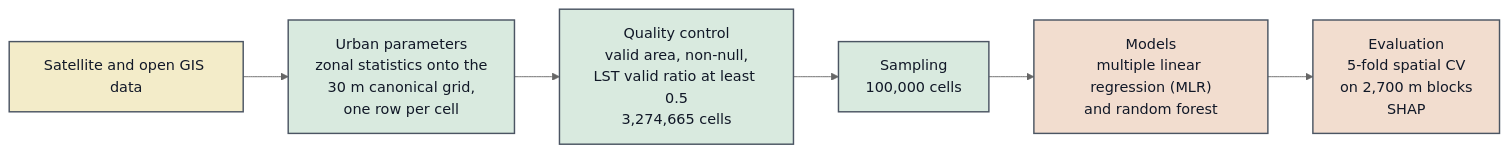
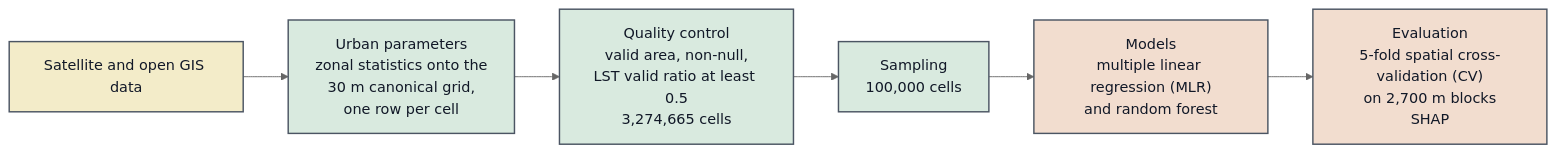
One commit to HitsujiNeko/MasterResearch changed the diagram in docs/03_results/fig4_limited_workflow_poster.mmd. Above: the diagram before and after it, drawn with Mermaid (neutral theme). The commit also changed 1 other file, not shown here.

```diff
--- a/docs/03_results/fig4_limited_workflow_poster.mmd
+++ b/docs/03_results/fig4_limited_workflow_poster.mmd
@@ -1,20 +1,20 @@
 ---
 config:
   layout: fixed
 ---
 flowchart LR
     I["Satellite and open GIS data"] --> P["Urban parameters<br>zonal statistics onto the<br>30 m canonical grid,<br>one row per cell"]
     P --> Q["Quality control<br>valid area, non-null,<br>LST valid ratio at least 0.5<br>3,274,665 cells"]
     Q --> S["Sampling<br>100,000 cells"]
     S --> M["Models<br>multiple linear regression (MLR)<br>and random forest"]
-    M --> E["Evaluation<br>5-fold spatial CV<br>on 2,700 m blocks<br>SHAP"]
+    M --> E["Evaluation<br>5-fold spatial cross-validation (CV)<br>on 2,700 m blocks<br>SHAP"]
 
      I:::input
      P:::process
      Q:::process
      S:::process
      M:::result
      E:::result
     classDef input fill:#f3ecc9,stroke:#4b5563,stroke-width:1.6px,color:#111827
     classDef process fill:#d9eadf,stroke:#4b5563,stroke-width:1.6px,color:#111827
     classDef result fill:#f2ddcf,stroke:#4b5563,stroke-width:1.6px,color:#111827
```
